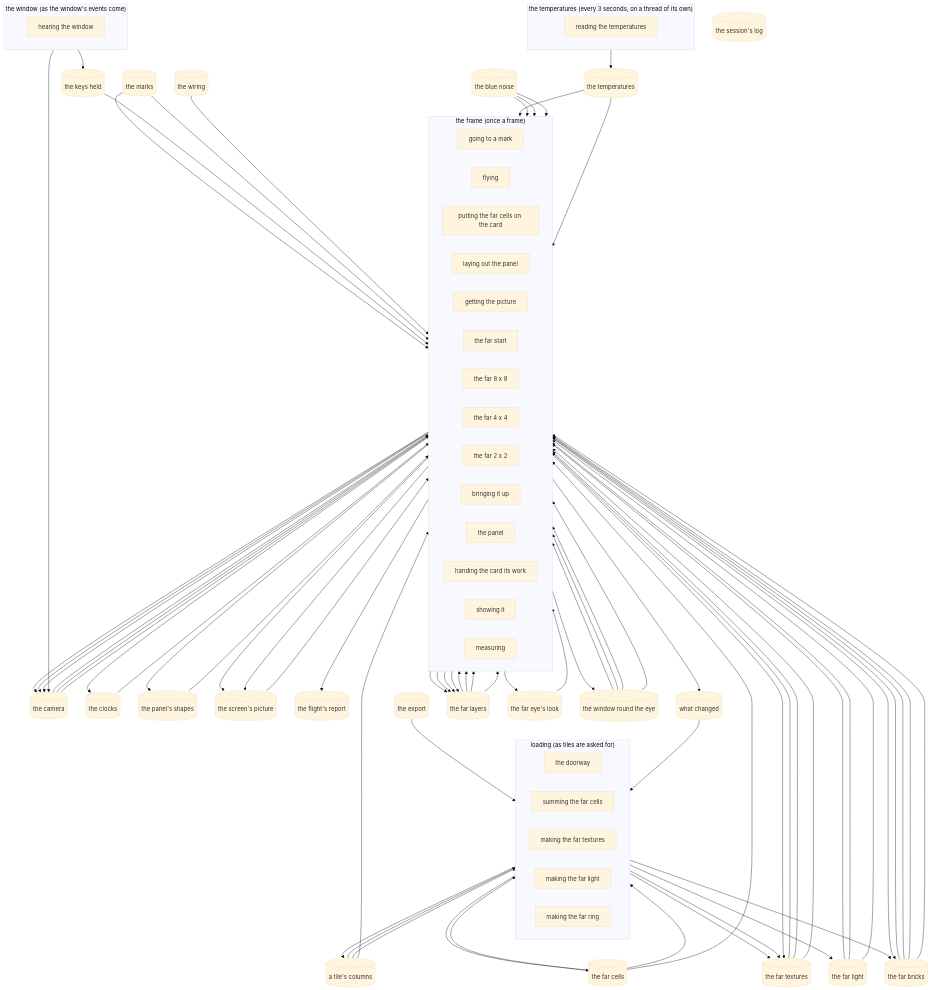
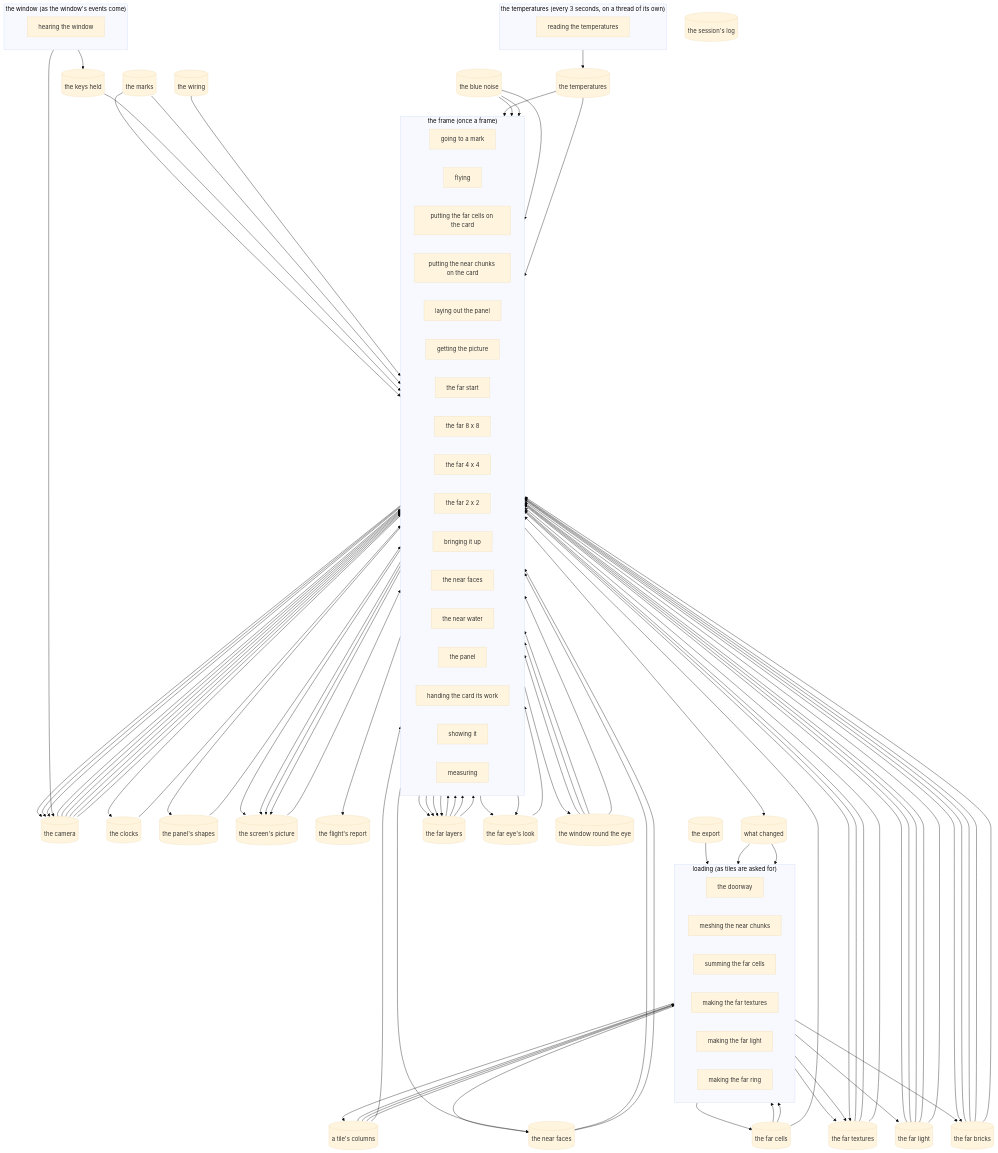
One commit to david138collins/incus-artus changed the diagram in master/map.md. Above: the diagram before and after it, drawn with Mermaid (base theme). The commit also changed other lines of this file and 13 other files, not shown here.

```diff
--- a/master/map.md
+++ b/master/map.md
@@ -19,6 +19,7 @@
     pass_going_to_a_mark["going to a mark"]
     pass_flying["flying"]
     pass_putting_the_far_cells_on_the_card["putting the far cells on the card"]
+    pass_putting_the_near_chunks_on_the_card["putting the near chunks on the card"]
     pass_laying_out_the_panel["laying out the panel"]
     pass_getting_the_picture["getting the picture"]
     pass_the_far_start["the far start"]
@@ -26,6 +27,8 @@
     pass_the_far_4_x_4["the far 4 x 4"]
     pass_the_far_2_x_2["the far 2 x 2"]
     pass_bringing_it_up["bringing it up"]
+    pass_the_near_faces["the near faces"]
+    pass_the_near_water["the near water"]
     pass_the_panel["the panel"]
     pass_handing_the_card_its_work["handing the card its work"]
     pass_showing_it["showing it"]
@@ -34,6 +37,7 @@
   subgraph lane_loading["loading (as tiles are asked for)"]
     direction LR
     pass_the_doorway["the doorway"]
+    pass_meshing_the_near_chunks["meshing the near chunks"]
     pass_summing_the_far_cells["summing the far cells"]
     pass_making_the_far_textures["making the far textures"]
     pass_making_the_far_light["making the far light"]
@@ -56,6 +60,7 @@
   store_the_marks[("the marks")]
   store_what_changed[("what changed")]
   store_the_far_cells[("the far cells")]
+  store_the_near_faces[("the near faces")]
   store_the_far_bricks[("the far bricks")]
   store_the_far_layers[("the far layers")]
   store_the_far_eye_s_look[("the far eye's look")]
@@ -78,6 +83,9 @@
   pass_putting_the_far_cells_on_the_card --> store_the_far_bricks
   pass_putting_the_far_cells_on_the_card --> store_the_far_textures
   pass_putting_the_far_cells_on_the_card --> store_the_window_round_the_eye
+  store_the_camera --> pass_putting_the_near_chunks_on_the_card
+  pass_putting_the_near_chunks_on_the_card --> store_the_near_faces
+  pass_putting_the_near_chunks_on_the_card --> store_the_far_eye_s_look
   store_the_camera --> pass_laying_out_the_panel
   store_the_clocks --> pass_laying_out_the_panel
   store_the_wiring --> pass_laying_out_the_panel
@@ -112,6 +120,14 @@
   pass_the_far_2_x_2 --> store_the_far_layers
   store_the_far_layers --> pass_bringing_it_up
   pass_bringing_it_up --> store_the_screen_s_picture
+  store_the_near_faces --> pass_the_near_faces
+  store_the_far_light --> pass_the_near_faces
+  store_the_camera --> pass_the_near_faces
+  pass_the_near_faces --> store_the_screen_s_picture
+  store_the_near_faces --> pass_the_near_water
+  store_the_far_light --> pass_the_near_water
+  store_the_camera --> pass_the_near_water
+  pass_the_near_water --> store_the_screen_s_picture
   store_the_panel_s_shapes --> pass_the_panel
   pass_the_panel --> store_the_screen_s_picture
   store_the_screen_s_picture --> pass_showing_it
@@ -122,6 +138,9 @@
   store_the_export --> pass_the_doorway
   store_what_changed --> pass_the_doorway
   pass_the_doorway --> store_a_tile_s_columns
+  store_a_tile_s_columns --> pass_meshing_the_near_chunks
+  store_what_changed --> pass_meshing_the_near_chunks
+  pass_meshing_the_near_chunks --> store_the_near_faces
   store_a_tile_s_columns --> pass_summing_the_far_cells
   pass_summing_the_far_cells --> store_the_far_cells
   store_the_far_cells --> pass_making_the_far_textures
```
